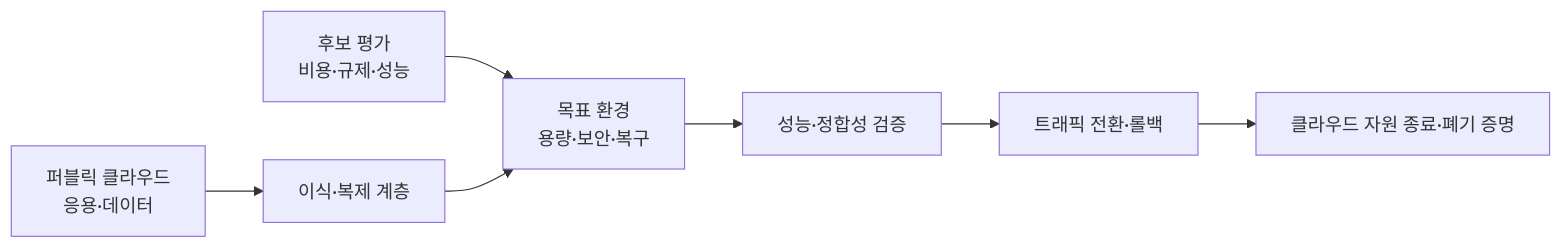
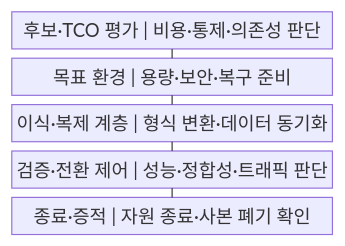
Before and after one commit to agnusdei1207/knowledge-base: the first of 2 diagrams in src/content/docs/notes/03-software/169_cloud_repatriation.md, drawn with Mermaid. The commit also changed other lines of this file and 20 other files, not shown here.

````diff
--- a/src/content/docs/notes/03-software/169_cloud_repatriation.md
+++ b/src/content/docs/notes/03-software/169_cloud_repatriation.md
@@ -58,9 +54,13 @@
 ```mermaid
-flowchart LR
-    A["후보 평가<br/>비용·규제·성능"] --> T["목표 환경<br/>용량·보안·복구"]
-    C["퍼블릭 클라우드<br/>응용·데이터"] --> R["이식·복제 계층"]
-    R --> T
-    T --> V["성능·정합성 검증"]
-    V --> G["트래픽 전환·롤백"]
-    G --> E["클라우드 자원 종료·폐기 증명"]
+block
+    columns 1
+    A["후보·TCO 평가 | 비용·통제·의존성 판단"]
+    B["목표 환경 | 용량·보안·복구 준비"]
+    C["이식·복제 계층 | 형식 변환·데이터 동기화"]
+    D["검증·전환 제어 | 성능·정합성·트래픽 판단"]
+    E["종료·증적 | 자원 종료·사본 폐기 확인"]
+    A --- B
+    B --- C
+    C --- D
+    D --- E
 ```
````
